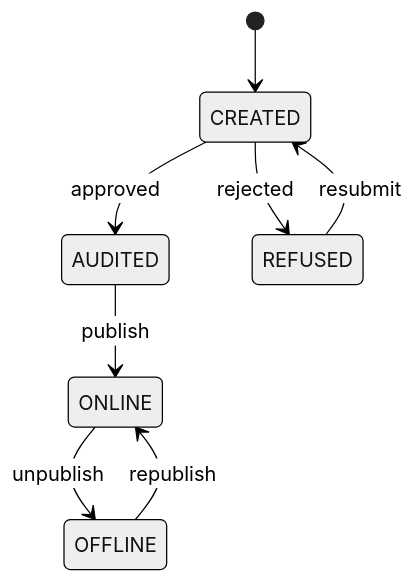
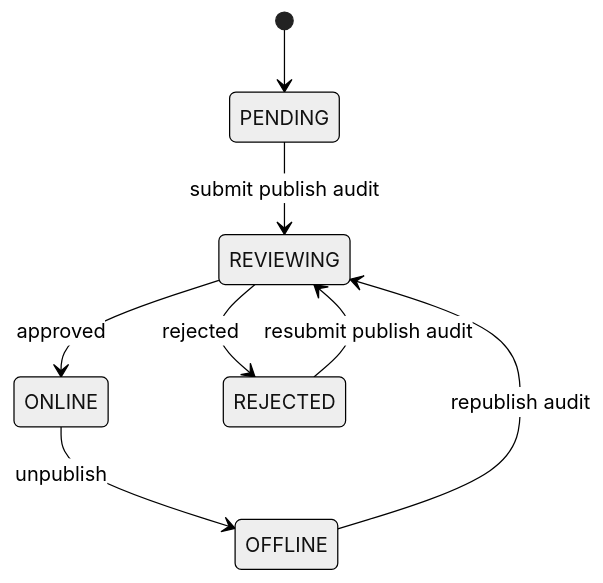
Before and after one commit to yeying-community/node: the fourth of 10 diagrams in docs/en/workflows.md, drawn with Mermaid (neutral theme). The commit also changed other lines of this file and 85 other files, not shown here.

````diff
--- a/docs/en/workflows.md
+++ b/docs/en/workflows.md
@@ -55,10 +57,10 @@
 ```mermaid
 stateDiagram-v2
-  [*] --> CREATED
-  CREATED --> AUDITED: approved
-  CREATED --> REFUSED: rejected
-  AUDITED --> ONLINE: publish
+  [*] --> PENDING
+  PENDING --> REVIEWING: submit publish audit
+  REVIEWING --> ONLINE: approved
+  REVIEWING --> REJECTED: rejected
   ONLINE --> OFFLINE: unpublish
-  OFFLINE --> ONLINE: republish
-  REFUSED --> CREATED: resubmit
+  OFFLINE --> REVIEWING: republish audit
+  REJECTED --> REVIEWING: resubmit publish audit
 ```
````
